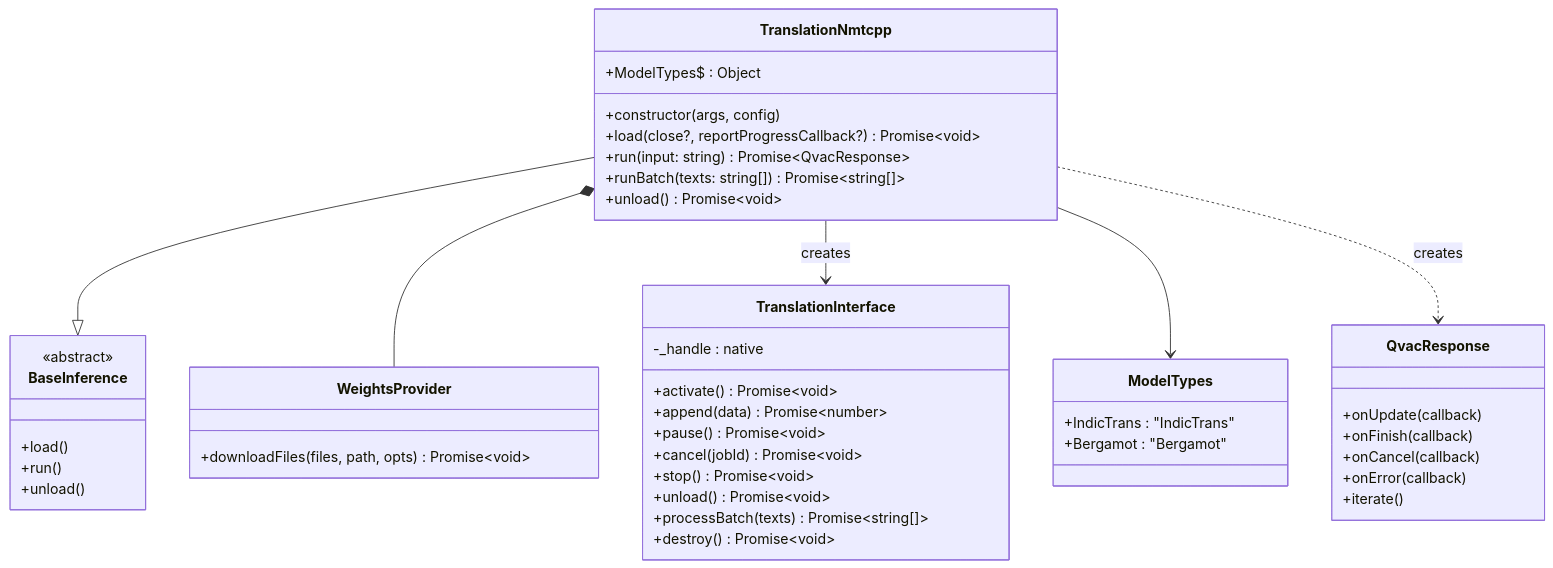
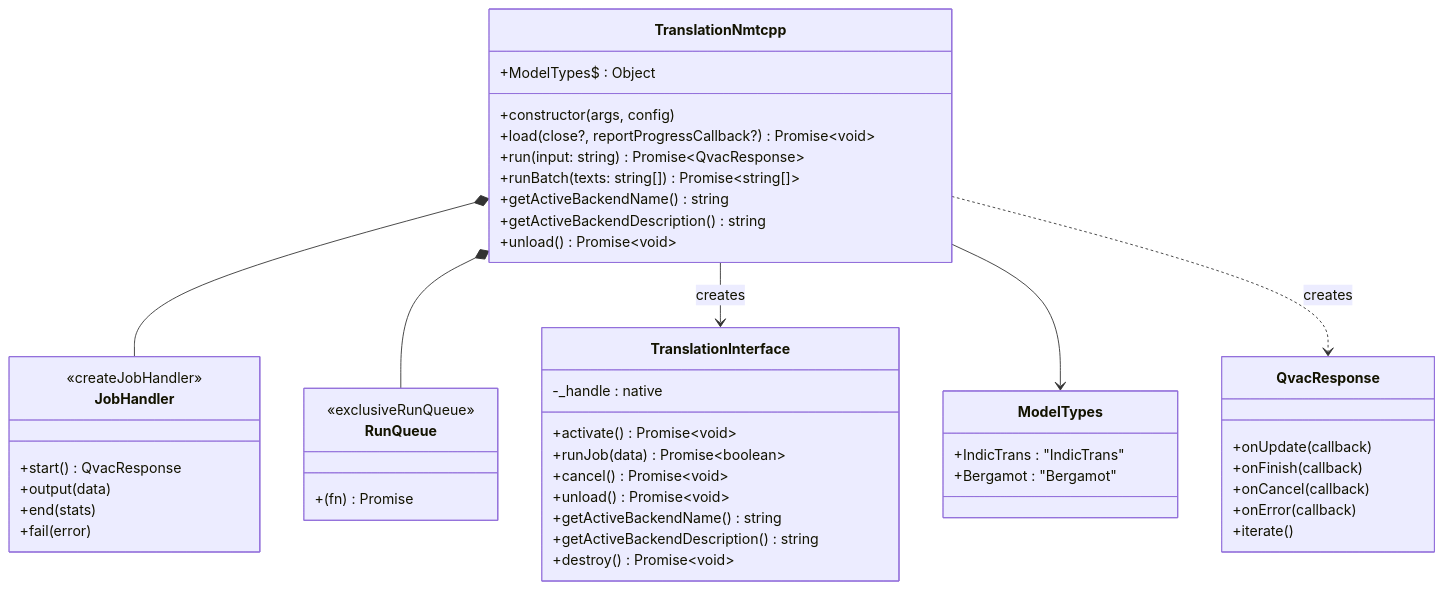
Before and after one commit to tetherto/qvac: the second of 4 diagrams in packages/translation-nmtcpp/docs/architecture.md, drawn with Mermaid. The commit also changed other lines of this file and 7 other files, not shown here.

First line of the commit message:
doc: refresh inference addon architecture docs

````diff
--- a/packages/translation-nmtcpp/docs/architecture.md
+++ b/packages/translation-nmtcpp/docs/architecture.md
@@ -159,53 +161,56 @@
 ```mermaid
 classDiagram
     class TranslationNmtcpp {
         +ModelTypes$ : Object
         +constructor(args, config)
         +load(close?, reportProgressCallback?) Promise~void~
         +run(input: string) Promise~QvacResponse~
         +runBatch(texts: string[]) Promise~string[]~
+        +getActiveBackendName() string
+        +getActiveBackendDescription() string
         +unload() Promise~void~
     }
 
     class ModelTypes {
         +IndicTrans : "IndicTrans"
         +Bergamot : "Bergamot"
     }
 
     class TranslationInterface {
         -_handle : native
         +activate() Promise~void~
-        +append(data) Promise~number~
-        +pause() Promise~void~
-        +cancel(jobId) Promise~void~
-        +stop() Promise~void~
+        +runJob(data) Promise~boolean~
+        +cancel() Promise~void~
         +unload() Promise~void~
-        +processBatch(texts) Promise~string[]~
+        +getActiveBackendName() string
+        +getActiveBackendDescription() string
         +destroy() Promise~void~
     }
 
-    class BaseInference {
-        <<abstract>>
-        +load()
-        +run()
-        +unload()
+    class JobHandler {
+        <<createJobHandler>>
+        +start() QvacResponse
+        +output(data)
+        +end(stats)
+        +fail(error)
     }
 
     class QvacResponse {
         +onUpdate(callback)
         +onFinish(callback)
         +onCancel(callback)
         +onError(callback)
         +iterate()
     }
 
-    class WeightsProvider {
-        +downloadFiles(files, path, opts) Promise~void~
+    class RunQueue {
+        <<exclusiveRunQueue>>
+        +(fn) Promise
     }
 
-    TranslationNmtcpp --|> BaseInference
-    TranslationNmtcpp *-- WeightsProvider
+    TranslationNmtcpp *-- JobHandler
+    TranslationNmtcpp *-- RunQueue
     TranslationNmtcpp --> TranslationInterface : creates
     TranslationNmtcpp --> ModelTypes
     TranslationNmtcpp ..> QvacResponse : creates
 ```
````
